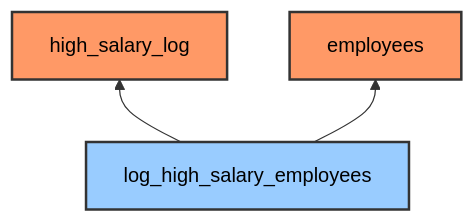
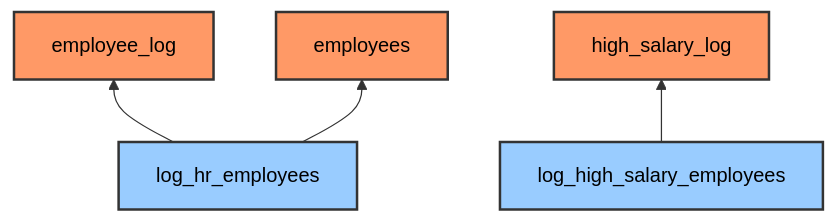
One commit to 25Jayesh10/Data_Lineage_Analyzer changed the diagram in diagrams/lineage.md. Above: the diagram before and after it, drawn with Mermaid. The commit also changed 25 other files, not shown here.

````diff
--- a/diagrams/lineage.md
+++ b/diagrams/lineage.md
@@ -1,10 +1,11 @@
 ```mermaid
 graph BT
     %% Node styles
     classDef table fill:#f96,stroke:#333,stroke-width:2px,color:#000;
     classDef stored_proc fill:#9cf,stroke:#333,stroke-width:2px ,color:#000;
+    log_hr_employees --> employee_log
+    log_hr_employees --> employees
     log_high_salary_employees --> high_salary_log
-    log_high_salary_employees --> employees
-    class high_salary_log,employees table;
-    class log_high_salary_employees stored_proc;
+    class high_salary_log,employees,employee_log table;
+    class log_hr_employees,log_high_salary_employees stored_proc;
 ```
````
